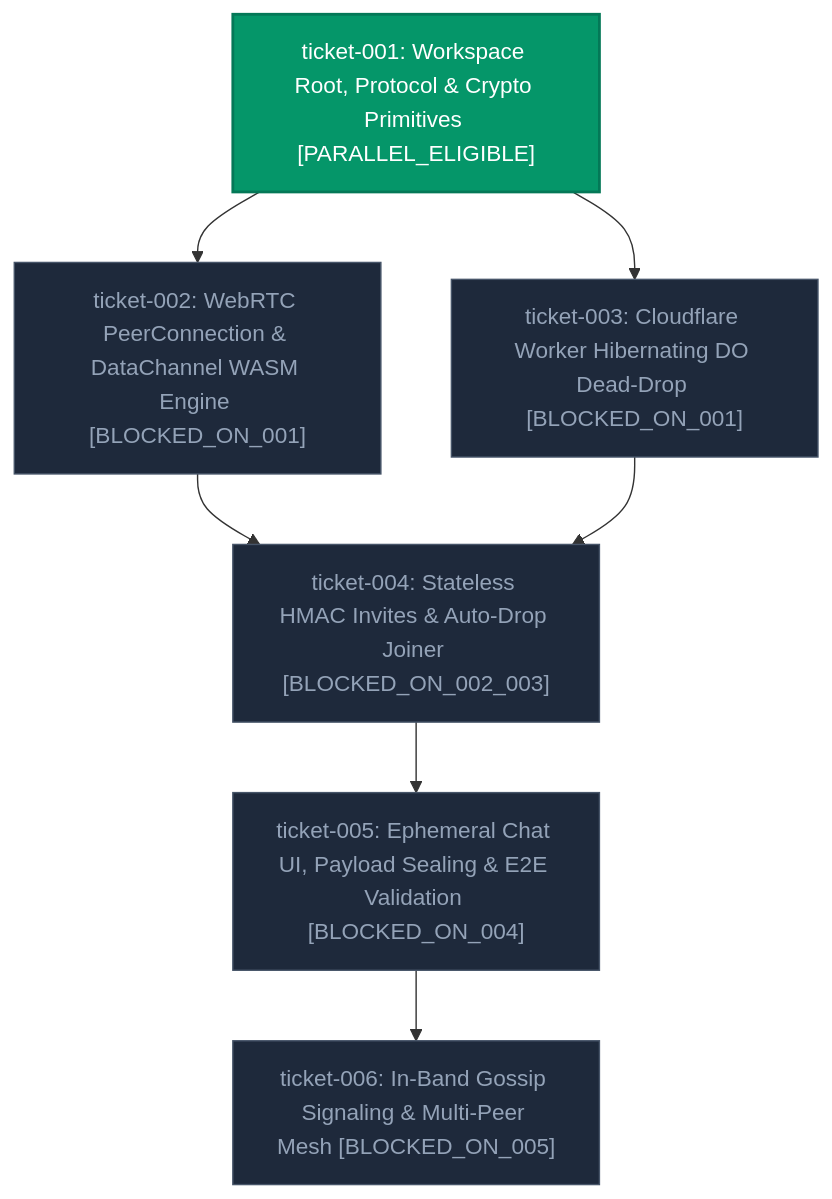
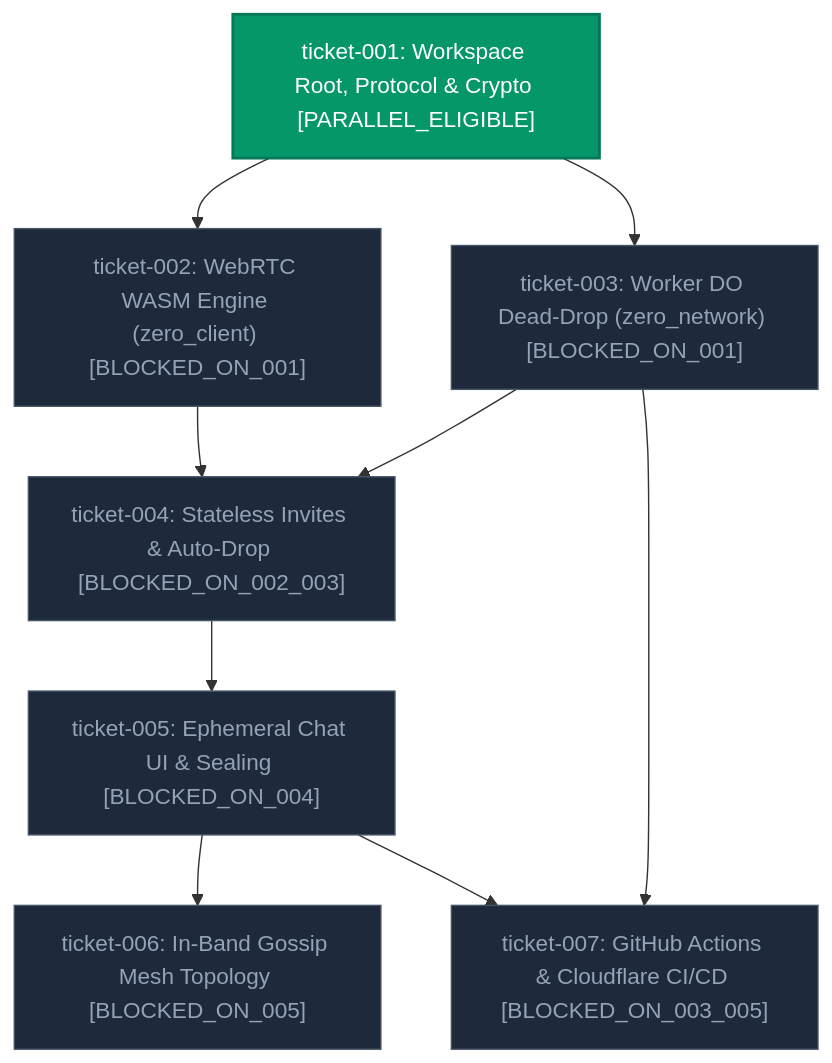
The diagram in openspec/roadmaps/serverless-p2p-chat.md (MACourtney7/zero-chat), drawn with Mermaid before and after one commit. The commit also changed other lines of this file and 2 other files, not shown here.

Commit message:
docs: add ticket-007 CI/CD automation pipeline to roadmap and specifications

````diff
--- a/openspec/roadmaps/serverless-p2p-chat.md
+++ b/openspec/roadmaps/serverless-p2p-chat.md
@@ -53,21 +56,24 @@
 ```mermaid
 flowchart TD
-    T001["ticket-001: Workspace Root, Protocol & Crypto Primitives [PARALLEL_ELIGIBLE]"]
-    T002["ticket-002: WebRTC PeerConnection & DataChannel WASM Engine [BLOCKED_ON_001]"]
-    T003["ticket-003: Cloudflare Worker Hibernating DO Dead-Drop [BLOCKED_ON_001]"]
-    T004["ticket-004: Stateless HMAC Invites & Auto-Drop Joiner [BLOCKED_ON_002_003]"]
-    T005["ticket-005: Ephemeral Chat UI, Payload Sealing & E2E Validation [BLOCKED_ON_004]"]
-    T006["ticket-006: In-Band Gossip Signaling & Multi-Peer Mesh [BLOCKED_ON_005]"]
+    T001["ticket-001: Workspace Root, Protocol & Crypto [PARALLEL_ELIGIBLE]"]
+    T002["ticket-002: WebRTC WASM Engine (zero_client) [BLOCKED_ON_001]"]
+    T003["ticket-003: Worker DO Dead-Drop (zero_network) [BLOCKED_ON_001]"]
+    T004["ticket-004: Stateless Invites & Auto-Drop [BLOCKED_ON_002_003]"]
+    T005["ticket-005: Ephemeral Chat UI & Sealing [BLOCKED_ON_004]"]
+    T006["ticket-006: In-Band Gossip Mesh Topology [BLOCKED_ON_005]"]
+    T007["ticket-007: GitHub Actions & Cloudflare CI/CD [BLOCKED_ON_003_005]"]
 
     T001 --> T002
     T001 --> T003
     T002 --> T004
     T003 --> T004
     T004 --> T005
     T005 --> T006
+    T003 --> T007
+    T005 --> T007
 
     classDef parallel fill:#059669,stroke:#047857,stroke-width:2px,color:#ffffff;
     classDef blocked fill:#1e293b,stroke:#475569,stroke-width:1px,color:#94a3b8;
     class T001 parallel;
-    class T002,T003,T004,T005,T006 blocked;
+    class T002,T003,T004,T005,T006,T007 blocked;
 ```
````
